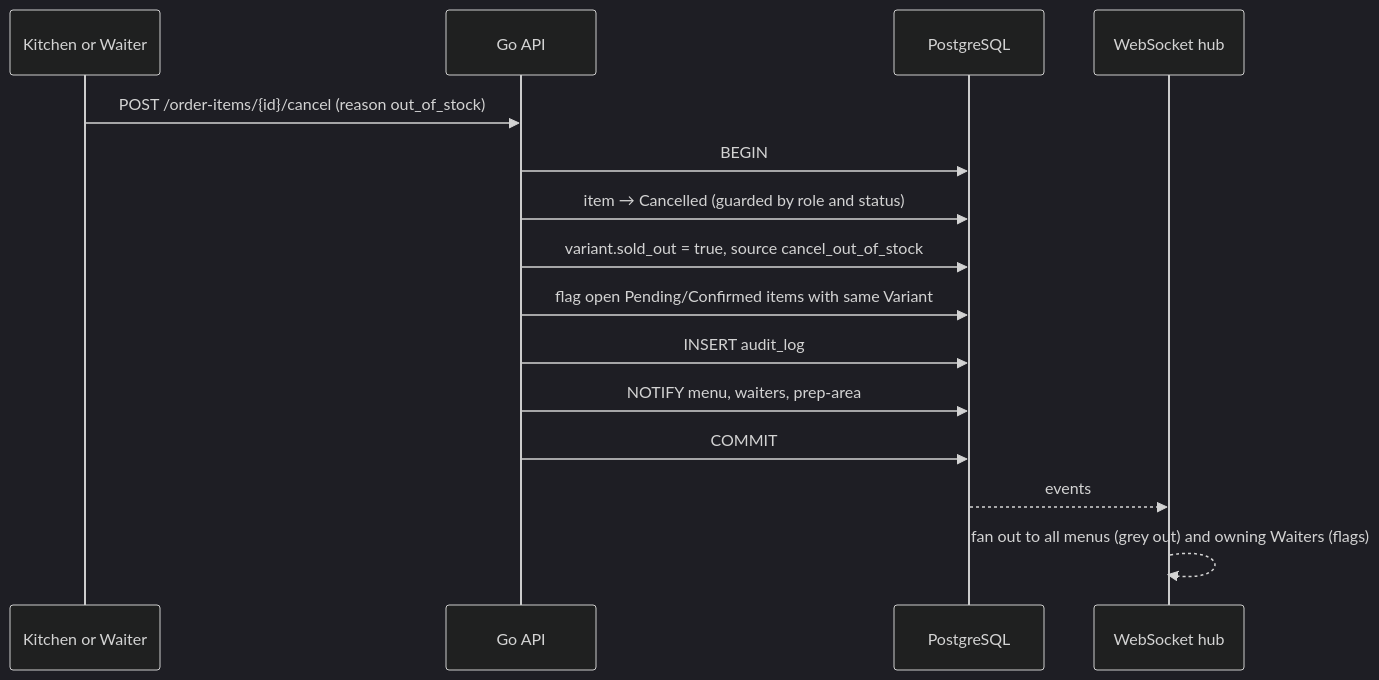
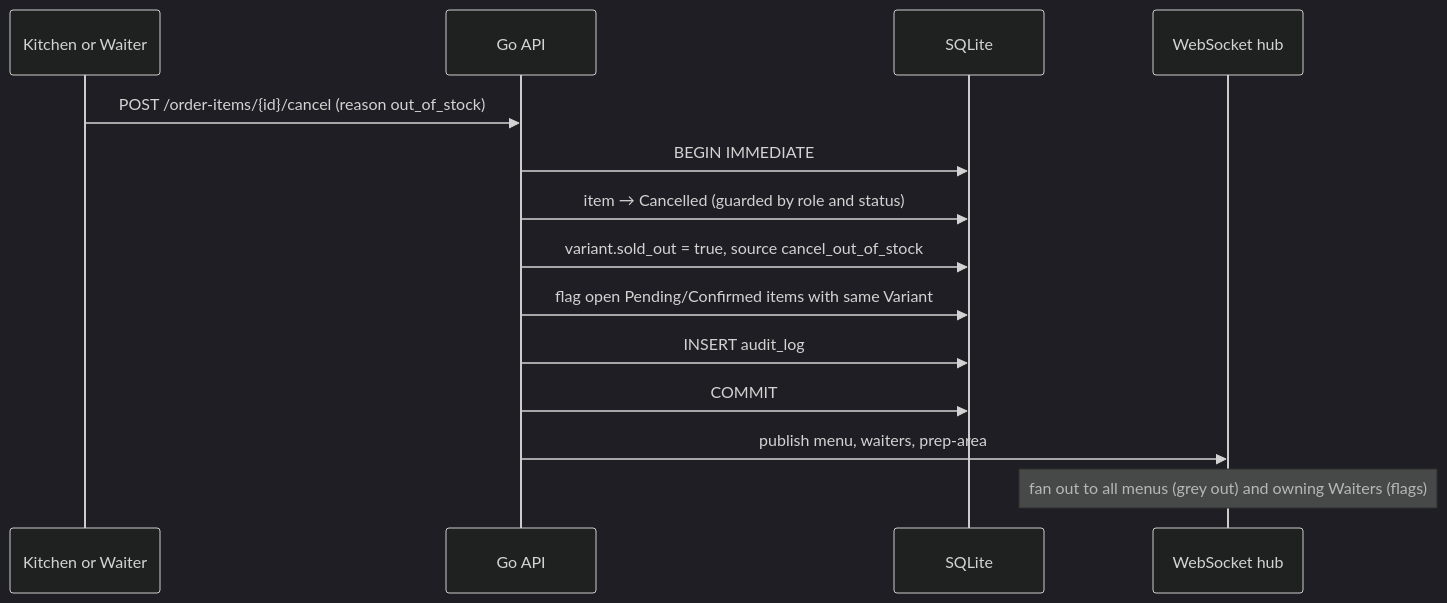
One commit to morpikssolutionsDev/Shusi_latte changed diagram 30 of 35 in docs/OVERVIEW-AND-FLOWS.md. Above: the diagram before and after it, drawn with Mermaid (dark theme). The commit also changed other lines of this file and 105 other files, not shown here.

````diff
--- a/docs/OVERVIEW-AND-FLOWS.md
+++ b/docs/OVERVIEW-AND-FLOWS.md
@@ -778,17 +780,16 @@
 ```mermaid
 sequenceDiagram
   participant K as Kitchen or Waiter
   participant API as Go API
-  participant DB as PostgreSQL
+  participant DB as SQLite
   participant HUB as WebSocket hub
   K->>API: POST /order-items/{id}/cancel (reason out_of_stock)
-  API->>DB: BEGIN
+  API->>DB: BEGIN IMMEDIATE
   API->>DB: item → Cancelled (guarded by role and status)
   API->>DB: variant.sold_out = true, source cancel_out_of_stock
   API->>DB: flag open Pending/Confirmed items with same Variant
   API->>DB: INSERT audit_log
-  API->>DB: NOTIFY menu, waiters, prep-area
   API->>DB: COMMIT
-  DB-->>HUB: events
-  HUB-->>HUB: fan out to all menus (grey out) and owning Waiters (flags)
+  API->>HUB: publish menu, waiters, prep-area
+  Note over HUB: fan out to all menus (grey out) and owning Waiters (flags)
 ```
````
